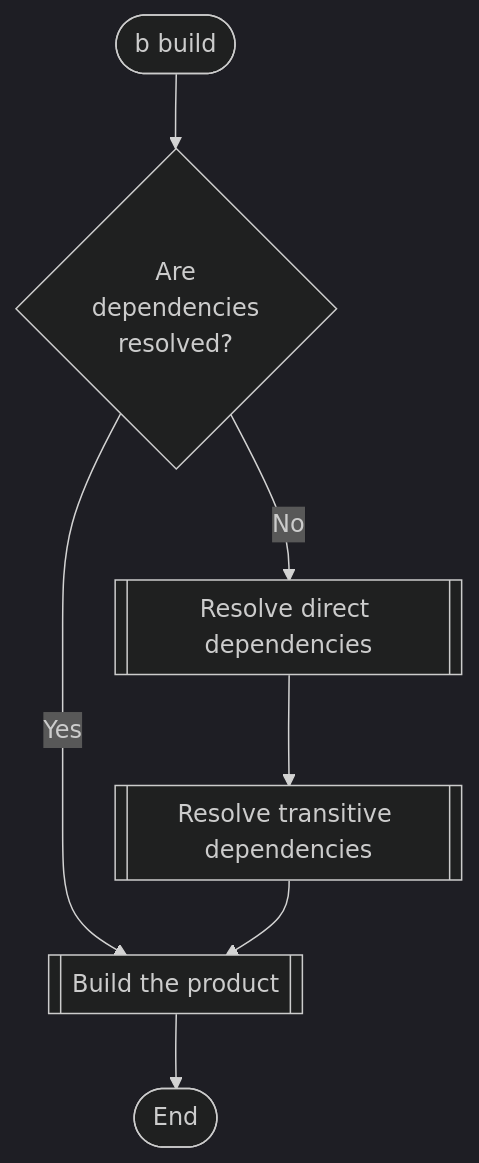
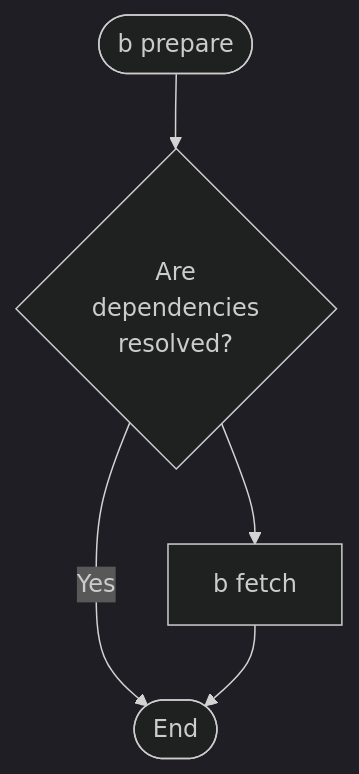
The first of 3 diagrams in doc/build-flow.md (postsharp/PostSharp.Engineering), drawn with Mermaid (dark theme) before and after one commit. The commit also changed other lines of this file and 1 other file, not shown here.

````diff
--- a/doc/build-flow.md
+++ b/doc/build-flow.md
@@ -3,16 +3,12 @@
 ```mermaid
 flowchart TB
-    start([b build])
+    start([b prepare])
 
     start --> are_dependencies_resolved{Are<br>dependencies<br>resolved?}
 
-    build[[Build the product]]
 
-    resolve_direct_dependencies[[Resolve direct dependencies]]
-    resolve_transitive_dependencies[[Resolve transitive dependencies]]
+    are_dependencies_resolved --> |Yes| END
+    are_dependencies_resolved --> fetch[b fetch] --> END
 
-    are_dependencies_resolved --> |Yes| build
-    are_dependencies_resolved --> |No| resolve_direct_dependencies --> resolve_transitive_dependencies --> build
-
-    build --> END([End])
+    END([End])
 ```
````
